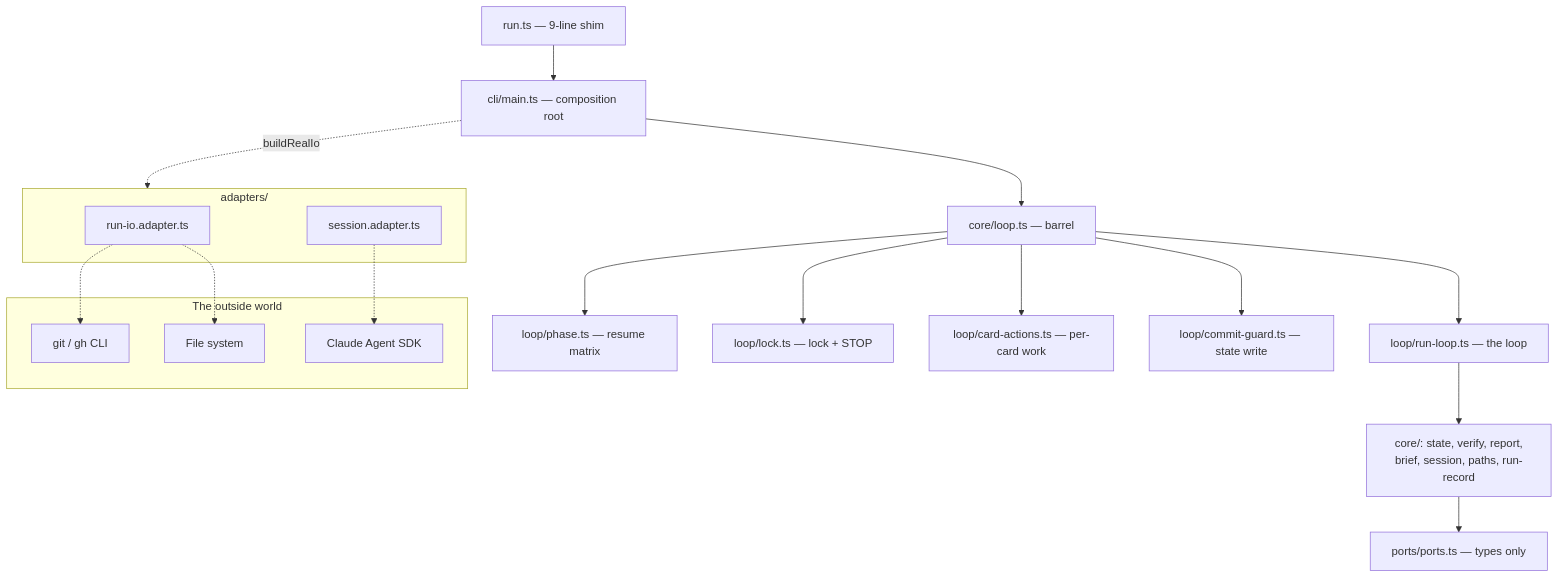
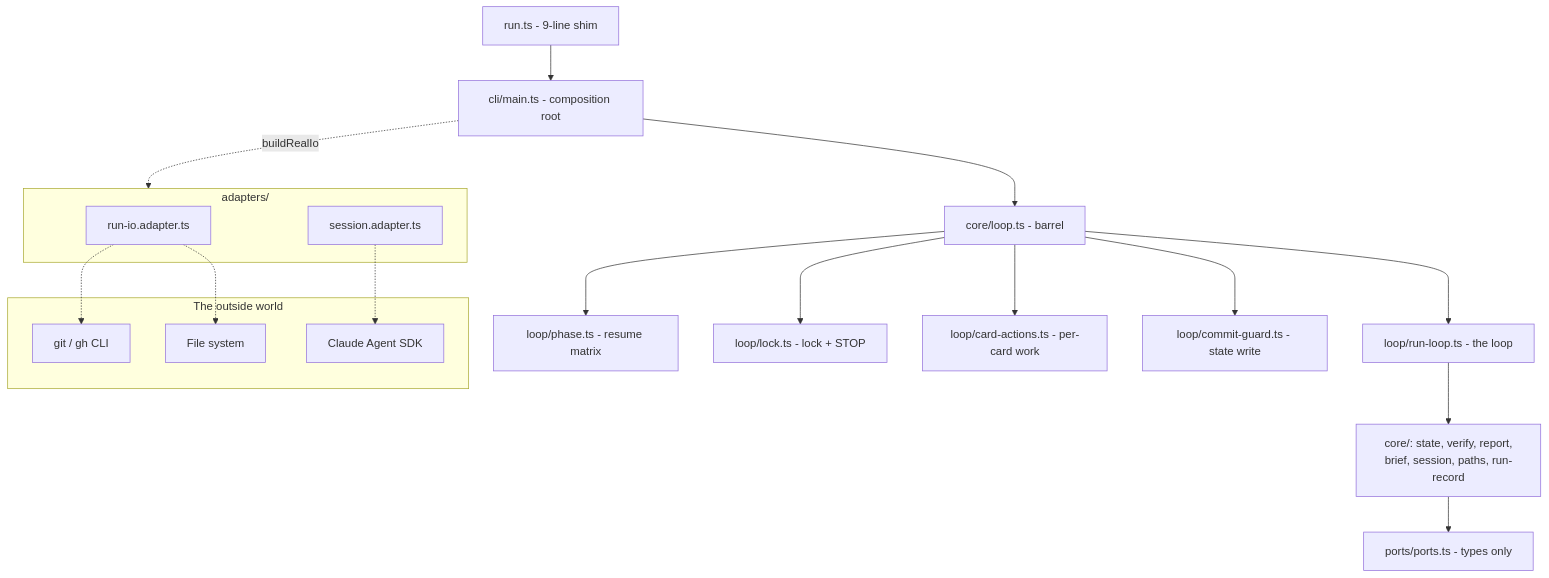
One commit to hieplam/memo changed the third of 3 diagrams in src/content/posts/campaign-runner-ports-adapters-debug.md. Above: the diagram before and after it, drawn with Mermaid. The commit also changed other lines of this file and 131 other files, not shown here.

````diff
--- a/src/content/posts/campaign-runner-ports-adapters-debug.md
+++ b/src/content/posts/campaign-runner-ports-adapters-debug.md
@@ -343,25 +343,25 @@
 ```mermaid
 flowchart TB
   subgraph WORLD["The outside world"]
     GIT["git / gh CLI"]
     FS["File system"]
     SDK["Claude Agent SDK"]
   end
-  RUN["run.ts — 9-line shim"] --> CLI["cli/main.ts — composition root"]
-  CLI --> LOOP["core/loop.ts — barrel"]
+  RUN["run.ts - 9-line shim"] --> CLI["cli/main.ts - composition root"]
+  CLI --> LOOP["core/loop.ts - barrel"]
   CLI -.->|buildRealIo| ADP
-  LOOP --> L1["loop/run-loop.ts — the loop"]
-  LOOP --> L2["loop/phase.ts — resume matrix"]
-  LOOP --> L3["loop/lock.ts — lock + STOP"]
-  LOOP --> L4["loop/card-actions.ts — per-card work"]
-  LOOP --> L5["loop/commit-guard.ts — state write"]
+  LOOP --> L1["loop/run-loop.ts - the loop"]
+  LOOP --> L2["loop/phase.ts - resume matrix"]
+  LOOP --> L3["loop/lock.ts - lock + STOP"]
+  LOOP --> L4["loop/card-actions.ts - per-card work"]
+  LOOP --> L5["loop/commit-guard.ts - state write"]
   L1 --> CORE["core/: state, verify, report,<br/>brief, session, paths, run-record"]
-  CORE --> PORTS["ports/ports.ts — types only"]
+  CORE --> PORTS["ports/ports.ts - types only"]
   subgraph ADP["adapters/"]
     A1["run-io.adapter.ts"]
     A2["session.adapter.ts"]
   end
   A1 -.-> GIT
   A1 -.-> FS
   A2 -.-> SDK
 ```
````
